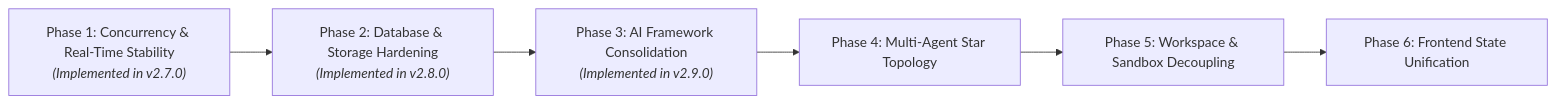
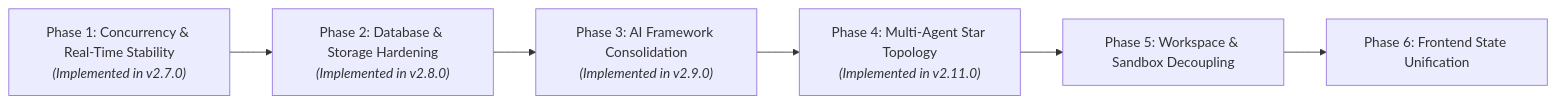
One commit to ezazulhaq/auditagent changed the first of 6 diagrams in doc/19-concurrency-and-realtime-stability-plan.md. Above: the diagram before and after it, drawn with Mermaid. The commit also changed other lines of this file and 13 other files, not shown here.

First line of the commit message:
feat(agent): implement phase 4 multi-agent star topology hardening

````diff
--- a/doc/19-concurrency-and-realtime-stability-plan.md
+++ b/doc/19-concurrency-and-realtime-stability-plan.md
@@ -7,8 +7,8 @@
 ```mermaid
 flowchart LR
     P1["Phase 1: Concurrency & Real-Time Stability<br/><i>(Implemented in v2.7.0)</i>"] --> P2["Phase 2: Database & Storage Hardening<br/><i>(Implemented in v2.8.0)</i>"]
     P2 --> P3["Phase 3: AI Framework Consolidation<br/><i>(Implemented in v2.9.0)</i>"]
-    P3 --> P4["Phase 4: Multi-Agent Star Topology"]
+    P3 --> P4["Phase 4: Multi-Agent Star Topology<br/><i>(Implemented in v2.11.0)</i>"]
     P4 --> P5["Phase 5: Workspace & Sandbox Decoupling"]
     P5 --> P6["Phase 6: Frontend State Unification"]
 ```
````
